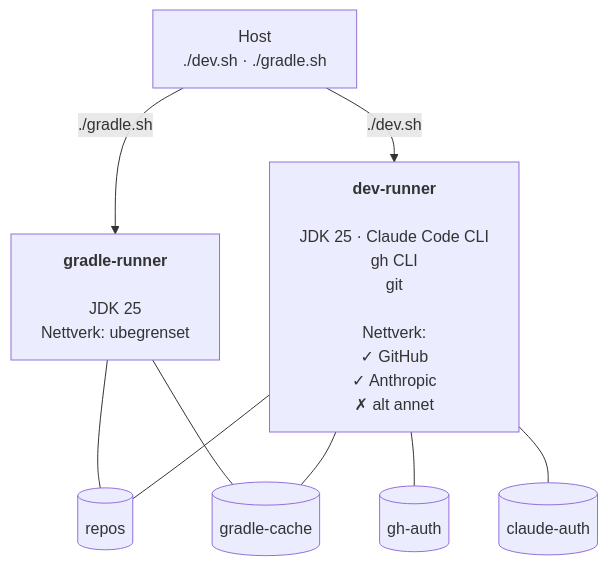
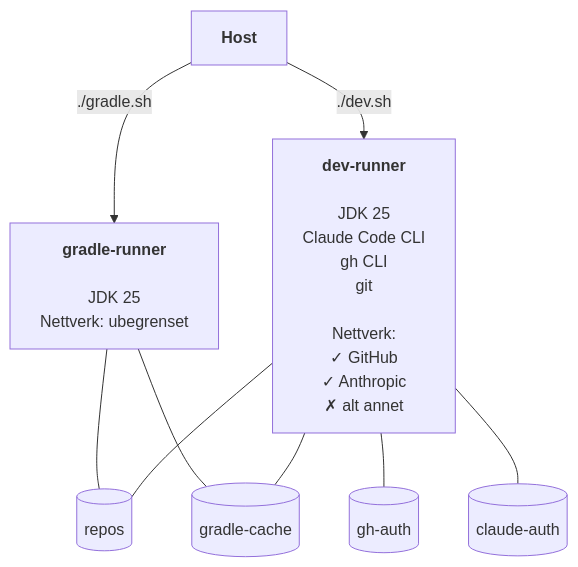
Before and after one commit to bekk/agentic-ai-tools: the diagram in alpine25-gradle-claude/README.md, drawn with Mermaid.

Commit message:
Enhance README formatting for architecture section
Updated the README to improve formatting and clarity.

````diff
--- a/alpine25-gradle-claude/README.md
+++ b/alpine25-gradle-claude/README.md
@@ -69,14 +69,14 @@
 ```mermaid
 graph TD
-    host["Host<br/>./dev.sh · ./gradle.sh"]
+    host["<b>Host</b>"]
 
-    host -->|"./dev.sh"| dev["<b>dev-runner</b><br/><br/>JDK 25 · Claude Code CLI<br/>gh CLI<br/>git<br/><br/>Nettverk:<br/>  ✓ GitHub<br/>  ✓ Anthropic<br/>  ✗ alt annet"]
+    host -->|"./dev.sh"| dev["<b>dev-runner</b><br/><br/>JDK 25<br/>Claude Code CLI<br/>gh CLI<br/>git<br/><br/>Nettverk:<br/>  ✓ GitHub<br/>  ✓ Anthropic<br/>  ✗ alt annet"]
     host -->|"./gradle.sh"| gradle["<b>gradle-runner</b><br/><br/>JDK 25<br/>Nettverk: ubegrenset"]
 
     gradle --- repos
     gradle --- gcache
     dev --- repos[("repos")]
     dev --- gcache[("gradle-cache")]
     dev --- ghauth[("gh-auth")]
     dev --- clauth[("claude-auth")]
 ```
````
